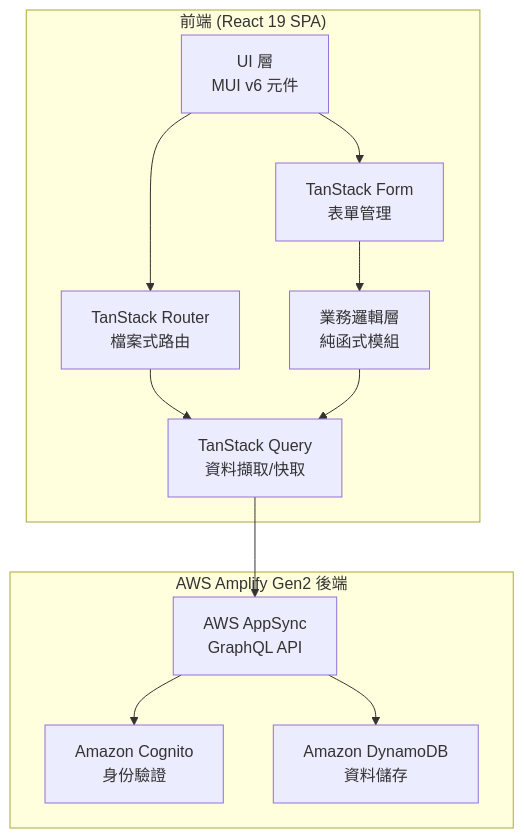
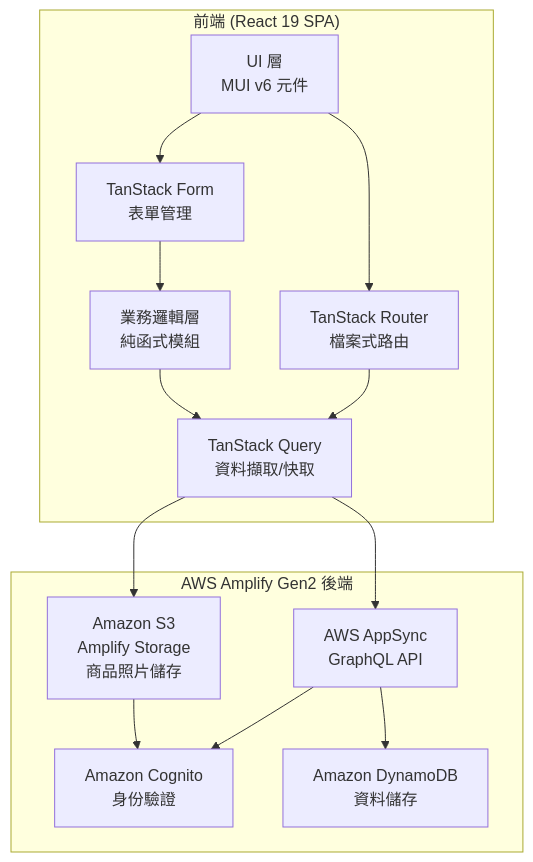
One commit to eechih/my-second-kiro-project changed the first of 4 diagrams in .kiro/specs/ecommerce-order-management/design.md. Above: the diagram before and after it, drawn with Mermaid. The commit also changed other lines of this file and 2 other files, not shown here.

````diff
--- a/.kiro/specs/ecommerce-order-management/design.md
+++ b/.kiro/specs/ecommerce-order-management/design.md
@@ -26,25 +27,28 @@
 ```mermaid
 graph TB
     subgraph "前端 (React 19 SPA)"
         UI["UI 層<br/>MUI v6 元件"]
         Router["TanStack Router<br/>檔案式路由"]
         Forms["TanStack Form<br/>表單管理"]
         Query["TanStack Query<br/>資料擷取/快取"]
         Logic["業務邏輯層<br/>純函式模組"]
     end
 
     subgraph "AWS Amplify Gen2 後端"
         AppSync["AWS AppSync<br/>GraphQL API"]
         Cognito["Amazon Cognito<br/>身份驗證"]
         DynamoDB["Amazon DynamoDB<br/>資料儲存"]
+        S3["Amazon S3<br/>Amplify Storage<br/>商品照片儲存"]
     end
 
     UI --> Router
     UI --> Forms
     Router --> Query
     Forms --> Logic
     Query --> AppSync
+    Query --> S3
     AppSync --> Cognito
     AppSync --> DynamoDB
+    S3 --> Cognito
     Logic --> Query
 ```
````
